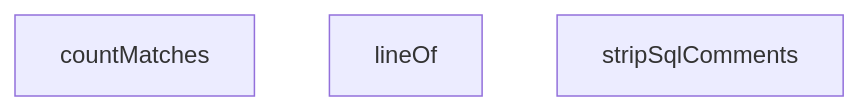
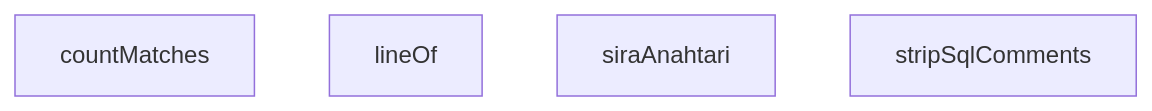
The diagram in src/__tests__/conformance/migration-atomicity.test.md (peckop/venthub-hvac-esite), drawn with Mermaid before and after one commit. The commit also changed other lines of this file and 189 other files, not shown here.

````diff
--- a/src/__tests__/conformance/migration-atomicity.test.md
+++ b/src/__tests__/conformance/migration-atomicity.test.md
@@ -165,6 +110,7 @@
 ```mermaid
 graph TD
     migration-atomicity_test_ts__countMatches["countMatches"]
     migration-atomicity_test_ts__lineOf["lineOf"]
+    migration-atomicity_test_ts__siraAnahtari["siraAnahtari"]
     migration-atomicity_test_ts__stripSqlComments["stripSqlComments"]
 ```
````
